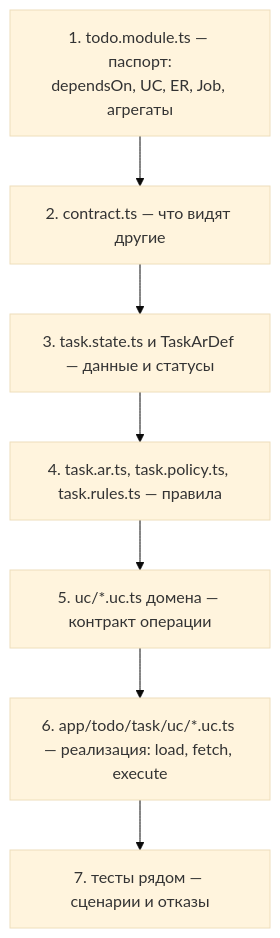
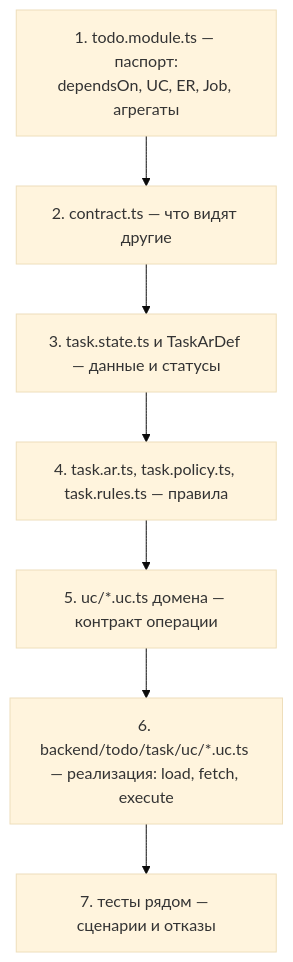
The diagram in docs/concepts/reading-a-module.md (recode-ak/dmg-core), drawn with Mermaid (base theme) before and after one commit. The commit also changed other lines of this file and 248 other files, not shown here.

````diff
--- a/docs/concepts/reading-a-module.md
+++ b/docs/concepts/reading-a-module.md
@@ -17,9 +17,9 @@
 ```mermaid
 flowchart TD
   M["1. todo.module.ts — паспорт:<br/>dependsOn, UC, ER, Job, агрегаты"] --> K["2. contract.ts — что видят другие"]
   K --> S["3. task.state.ts и TaskArDef — данные и статусы"]
   S --> R["4. task.ar.ts, task.policy.ts, task.rules.ts — правила"]
   R --> U["5. uc/*.uc.ts домена — контракт операции"]
-  U --> I["6. app/todo/task/uc/*.uc.ts — реализация: load, fetch, execute"]
+  U --> I["6. backend/todo/task/uc/*.uc.ts — реализация: load, fetch, execute"]
   I --> T["7. тесты рядом — сценарии и отказы"]
 ```
````
